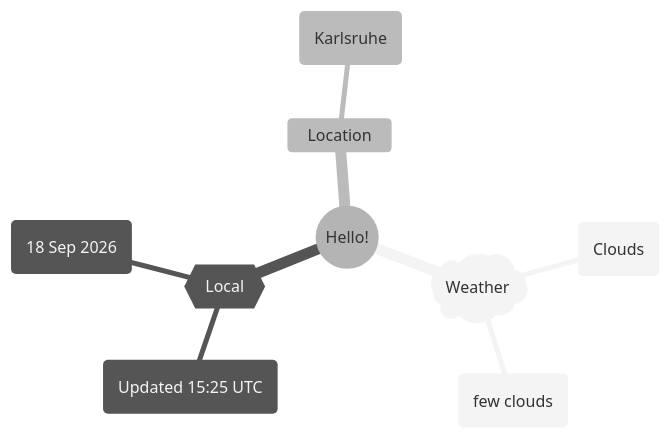
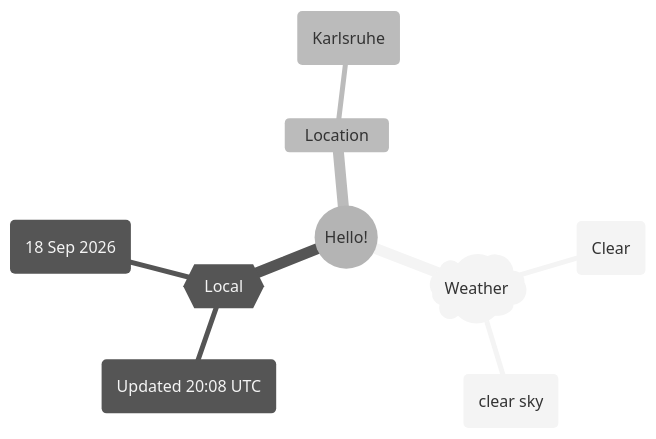
The first of 2 diagrams in README.md (Xosrov/Xosrov), drawn with Mermaid (neutral theme) before and after one commit.

Commit message:
[bot] updated images

````diff
--- a/README.md
+++ b/README.md
@@ -3,12 +3,12 @@
 ```mermaid
 mindmap
   root((Hello!))
     )Weather(
-        (Clouds)
-        (few clouds)
+        (Clear)
+        (clear sky)
     {{Local}}
-        (Updated 15:25 UTC)
+        (Updated 20:08 UTC)
         (18 Sep 2026)
     Location
         (Karlsruhe)
 ```
````
